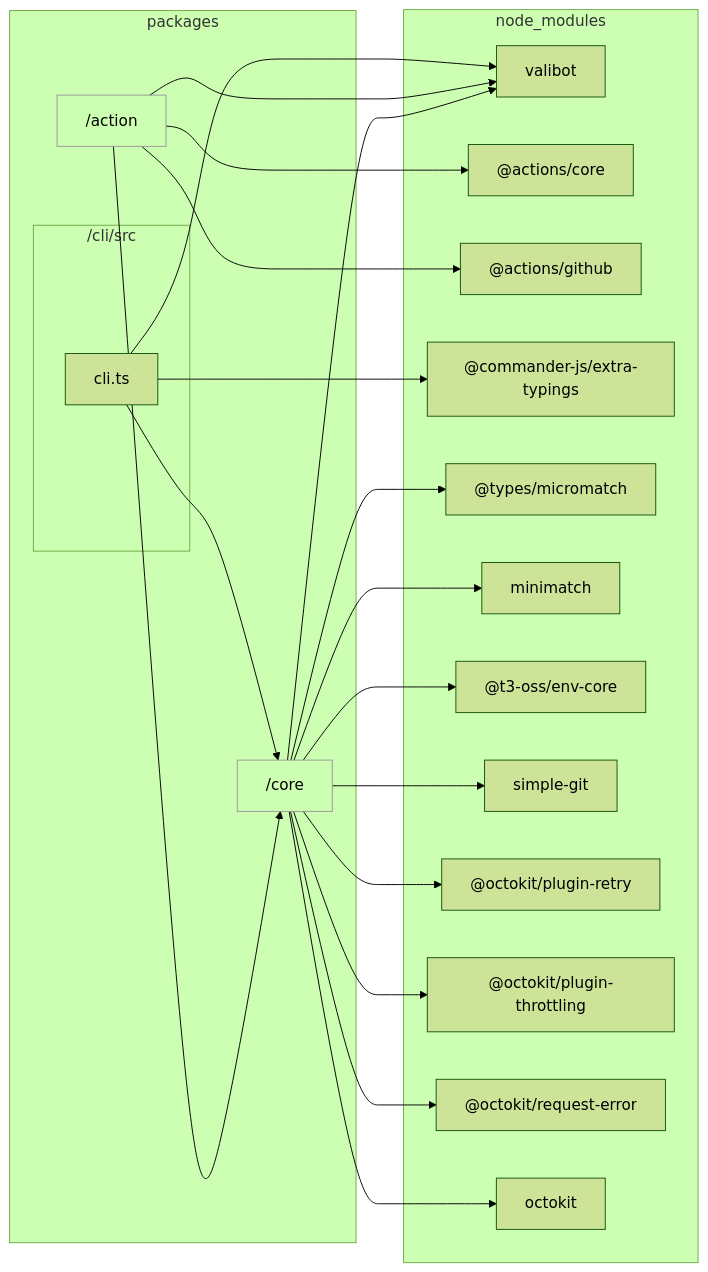
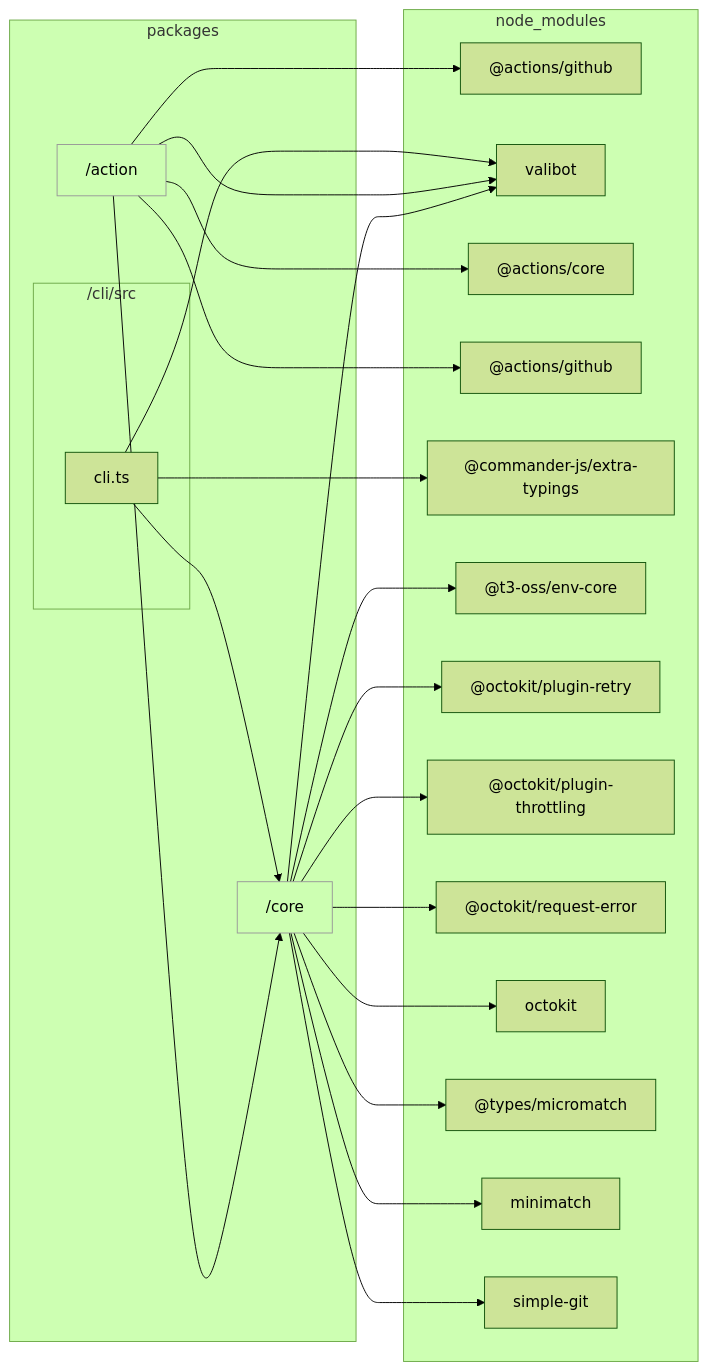
Before and after one commit to sugurutakahashi-1234/issue-linker: the diagram in docs/reports/dependencies/cli.md, drawn with Mermaid (forest theme). The commit also changed 29 other files, not shown here.

````diff
--- a/docs/reports/dependencies/cli.md
+++ b/docs/reports/dependencies/cli.md
@@ -7,41 +7,43 @@
 ```mermaid
 flowchart LR
     classDef dir fill:#0000,stroke:#999
     subgraph packages["packages"]
+        packages/action["/action"]:::dir
         packages/core["/core"]:::dir
-        packages/action["/action"]:::dir
         subgraph packages/cli/src["/cli/src"]
             packages/cli/src/cli.ts["cli.ts"]
         end
     end
     subgraph node//modules["node_modules"]
+        node//modules///actions/github/lib/context.d.ts["@actions/github"]
         node//modules/valibot/dist/index.d.cts["valibot"]
         node//modules///actions/core/lib/core.d.ts["@actions/core"]
         node//modules///actions/github/lib/github.d.ts["@actions/github"]
         node//modules///commander//js/extra//typings/index.d.ts["@commander-js/extra-typings"]
-        node//modules///types/micromatch/index.d.ts["@types/micromatch"]
-        node//modules/minimatch/dist/commonjs/index.d.ts["minimatch"]
         node//modules///t3//oss/env//core/dist/index.d.ts["@t3-oss/env-core"]
-        node//modules/simple//git/dist/typings/index.d.ts["simple-git"]
         node//modules///octokit/plugin//retry/dist//types/index.d.ts["@octokit/plugin-retry"]
         node//modules///octokit/plugin//throttling/dist//types/index.d.ts["@octokit/plugin-throttling"]
         node//modules///octokit/request//error/dist//types/index.d.ts["@octokit/request-error"]
         node//modules/octokit/dist//types/index.d.ts["octokit"]
+        node//modules///types/micromatch/index.d.ts["@types/micromatch"]
+        node//modules/minimatch/dist/commonjs/index.d.ts["minimatch"]
+        node//modules/simple//git/dist/typings/index.d.ts["simple-git"]
     end
+    packages/action-->node//modules///actions/github/lib/context.d.ts
     packages/core-->node//modules/valibot/dist/index.d.cts
+    packages/action-->packages/core
+    packages/action-->node//modules/valibot/dist/index.d.cts
     packages/action-->node//modules///actions/core/lib/core.d.ts
     packages/action-->node//modules///actions/github/lib/github.d.ts
-    packages/action-->packages/core
-    packages/action-->node//modules/valibot/dist/index.d.cts
     packages/cli/src/cli.ts-->node//modules///commander//js/extra//typings/index.d.ts
     packages/cli/src/cli.ts-->packages/core
     packages/cli/src/cli.ts-->node//modules/valibot/dist/index.d.cts
-    packages/core-->node//modules///types/micromatch/index.d.ts
-    packages/core-->node//modules/minimatch/dist/commonjs/index.d.ts
     packages/core-->node//modules///t3//oss/env//core/dist/index.d.ts
-    packages/core-->node//modules/simple//git/dist/typings/index.d.ts
     packages/core-->node//modules///octokit/plugin//retry/dist//types/index.d.ts
     packages/core-->node//modules///octokit/plugin//throttling/dist//types/index.d.ts
     packages/core-->node//modules///octokit/request//error/dist//types/index.d.ts
     packages/core-->node//modules/octokit/dist//types/index.d.ts
+    packages/core-->node//modules///types/micromatch/index.d.ts
+    packages/core-->node//modules/minimatch/dist/commonjs/index.d.ts
+    packages/core-->node//modules/simple//git/dist/typings/index.d.ts
 ```
````
